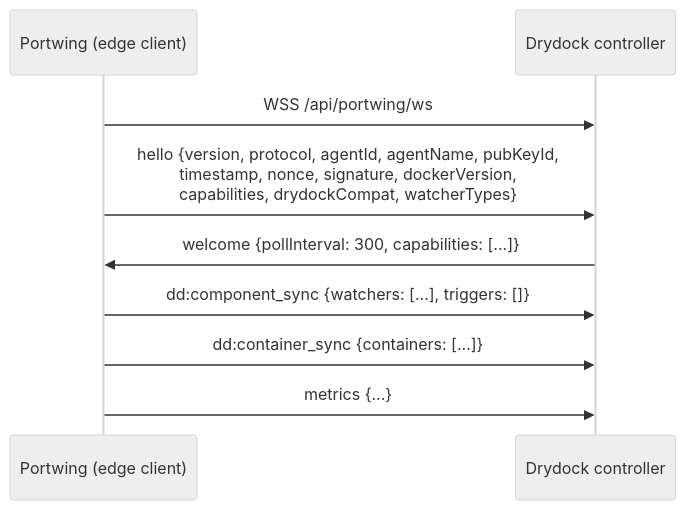
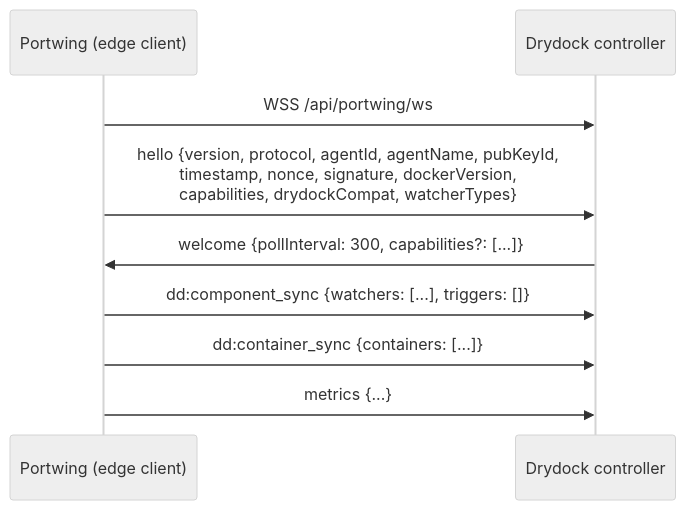
Before and after one commit to CodesWhat/portwing: the third of 3 diagrams in docs/drydock-integration.md, drawn with Mermaid (neutral theme). The commit also changed 20 other files, not shown here.

````diff
--- a/docs/drydock-integration.md
+++ b/docs/drydock-integration.md
@@ -76,11 +76,11 @@
 ```mermaid
 sequenceDiagram
     participant L as Portwing (edge client)
     participant D as Drydock controller
     L->>D: WSS /api/portwing/ws
     L->>D: hello {version, protocol, agentId, agentName, pubKeyId,<br/>timestamp, nonce, signature, dockerVersion,<br/>capabilities, drydockCompat, watcherTypes}
-    D->>L: welcome {pollInterval: 300, capabilities: [...]}
+    D->>L: welcome {pollInterval: 300, capabilities?: [...]}
     L->>D: dd:component_sync {watchers: [...], triggers: []}
     L->>D: dd:container_sync {containers: [...]}
     L->>D: metrics {...}
 ```
````
